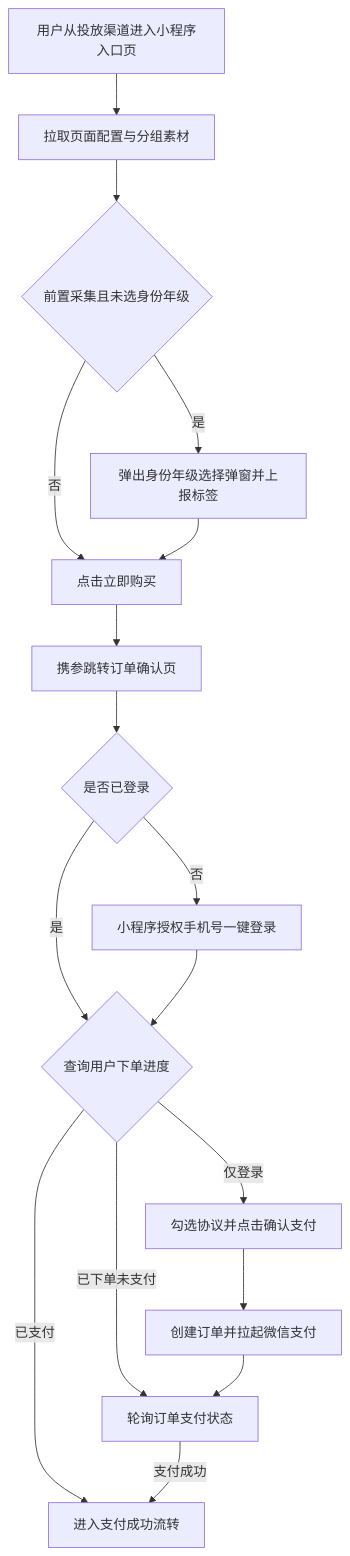
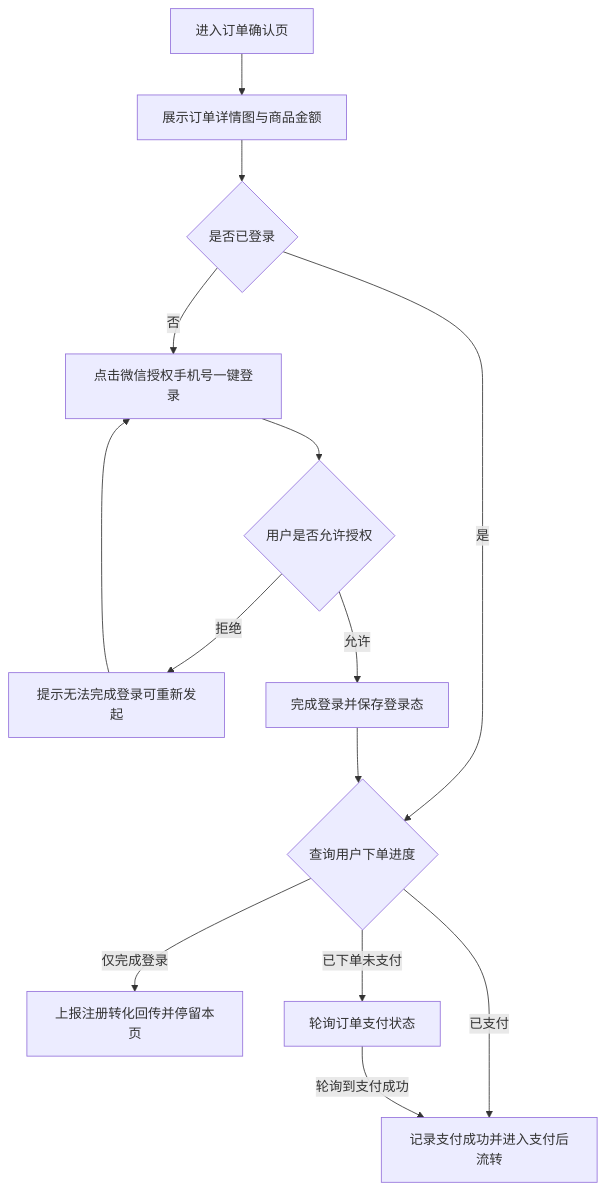
Before and after one commit to Yping-98/prototypes: the third of 9 diagrams in tyy-weapp-order/PRD-体验营投放链路小程序承接.md, drawn with Mermaid. The commit also changed other lines of this file, not shown here.

````diff
--- a/tyy-weapp-order/PRD-体验营投放链路小程序承接.md
+++ b/tyy-weapp-order/PRD-体验营投放链路小程序承接.md
@@ -43,19 +113,16 @@
 ```mermaid
 flowchart TD
-    A[用户从投放渠道进入小程序入口页] --> B[拉取页面配置与分组素材]
-    B --> C{前置采集且未选身份年级}
-    C -->|是| D[弹出身份年级选择弹窗并上报标签]
-    C -->|否| E[点击立即购买]
-    D --> E
-    E --> F[携参跳转订单确认页]
-    F --> G{是否已登录}
-    G -->|否| H[小程序授权手机号一键登录]
-    G -->|是| I{查询用户下单进度}
-    H --> I
-    I -->|已支付| M[进入支付成功流转]
-    I -->|已下单未支付| L[轮询订单支付状态]
-    I -->|仅登录| J[勾选协议并点击确认支付]
-    J --> K[创建订单并拉起微信支付]
-    K --> L
-    L -->|支付成功| M
+    A[进入订单确认页] --> B[展示订单详情图与商品金额]
+    B --> C{是否已登录}
+    C -->|否| D[点击微信授权手机号一键登录]
+    D --> E{用户是否允许授权}
+    E -->|拒绝| F[提示无法完成登录可重新发起]
+    F --> D
+    E -->|允许| G[完成登录并保存登录态]
+    C -->|是| H{查询用户下单进度}
+    G --> H
+    H -->|仅完成登录| I[上报注册转化回传并停留本页]
+    H -->|已下单未支付| J[轮询订单支付状态]
+    H -->|已支付| K[记录支付成功并进入支付后流转]
+    J -->|轮询到支付成功| K
 ```
````
